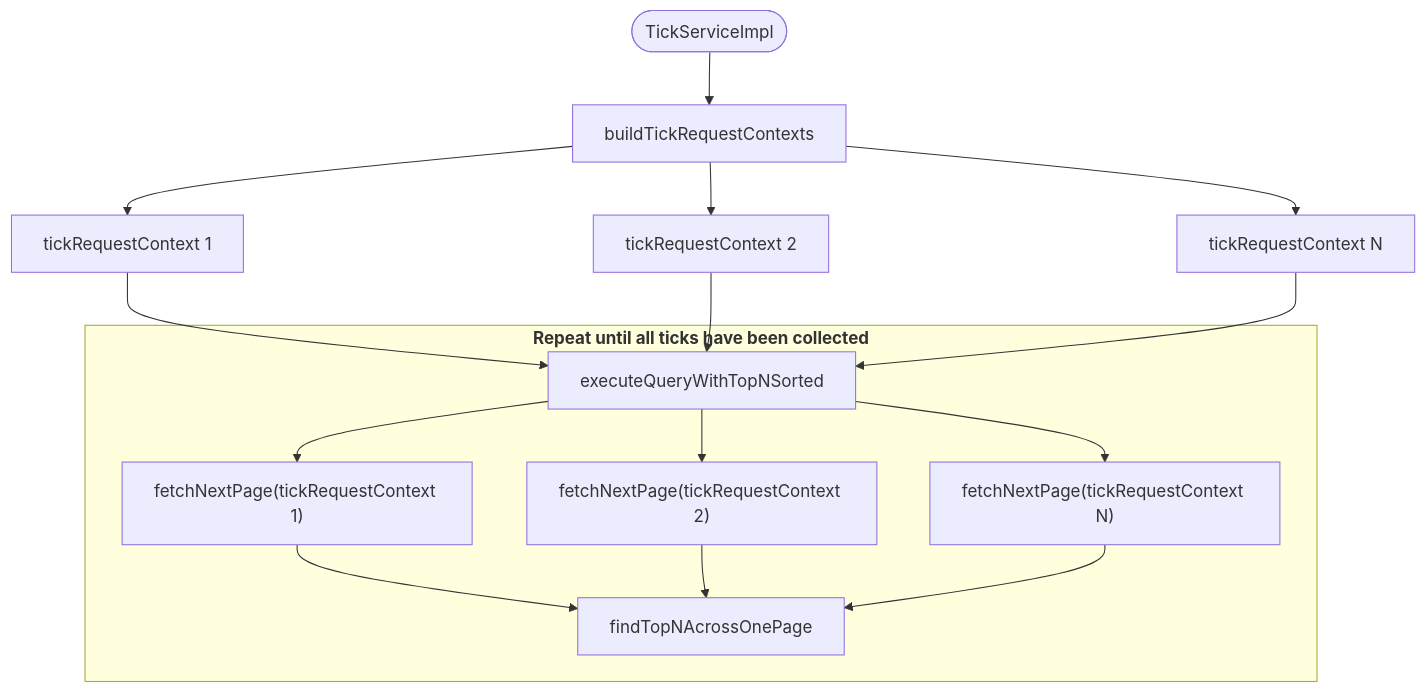
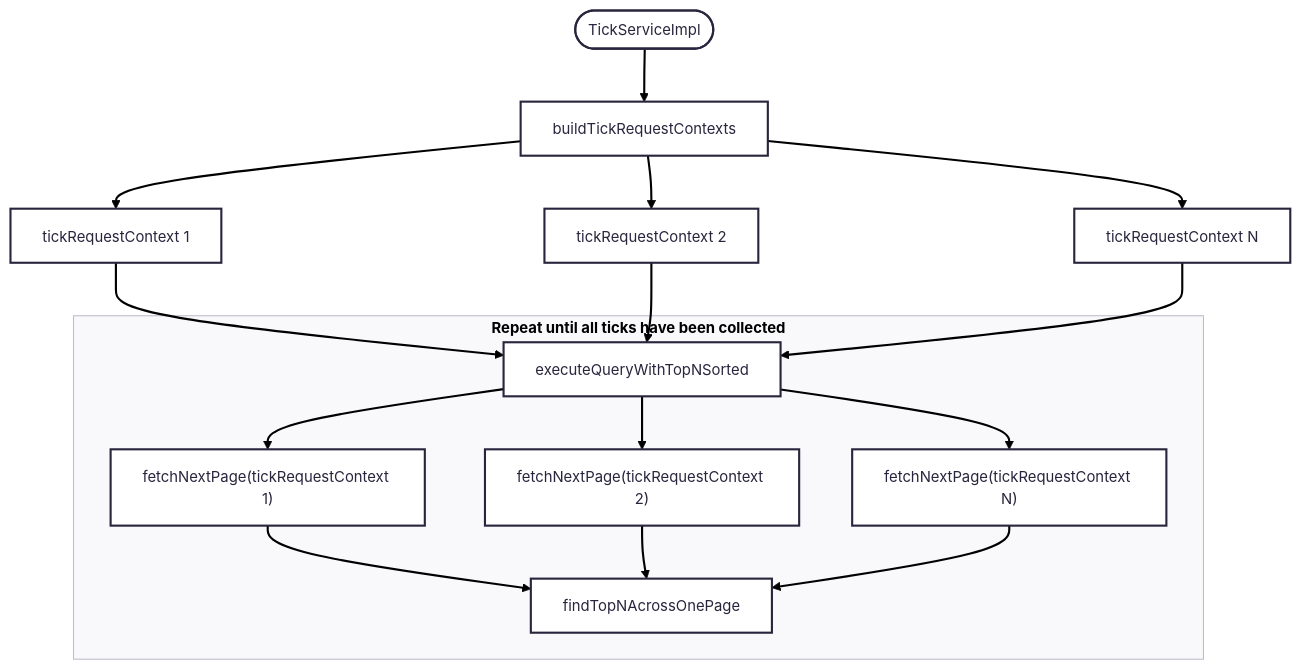
The diagram in README.md (jeet1995/tick-reader), drawn with Mermaid before and after one commit.

Commit message:
Adding code flow.

````diff
--- a/README.md
+++ b/README.md
@@ -633,19 +633,23 @@
 ```mermaid
+---
+config:
+      theme: redux
+---
 flowchart TD
         A(["TickServiceImpl"])
         A --> B["buildTickRequestContexts"]
         B --> C["tickRequestContext 1"]
         B --> D["tickRequestContext 2"]
         B --> E["tickRequestContext N"]
         C --> F["executeQueryWithTopNSorted"]
         D --> F
         E --> F
         subgraph "`**Repeat until all ticks have been collected**`"
         F --> G["fetchNextPage(tickRequestContext 1)"]
         F --> H["fetchNextPage(tickRequestContext 2)"]
         F --> I["fetchNextPage(tickRequestContext N)"]
         G --> K["findTopNAcrossOnePage"]
         H --> K["findTopNAcrossOnePage"]
         I --> K["findTopNAcrossOnePage"]
         end
 ```
````
